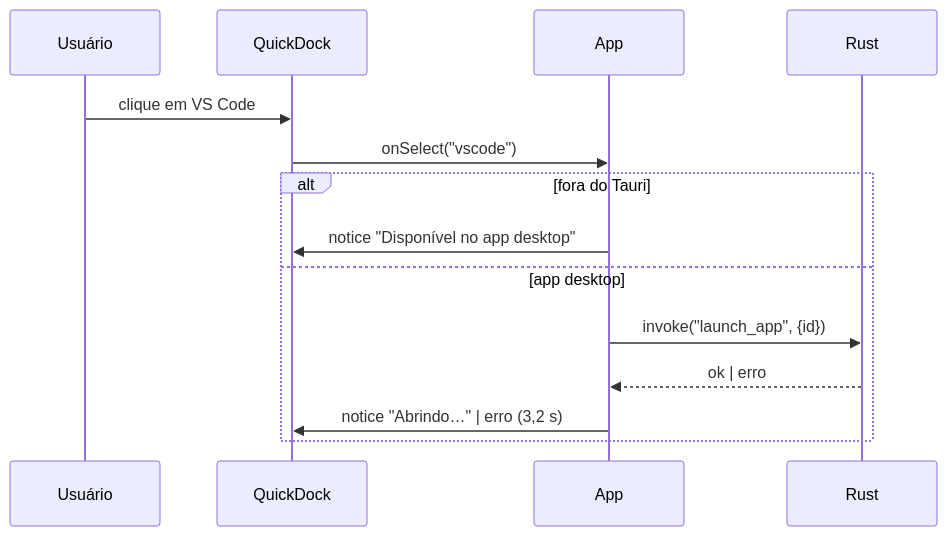
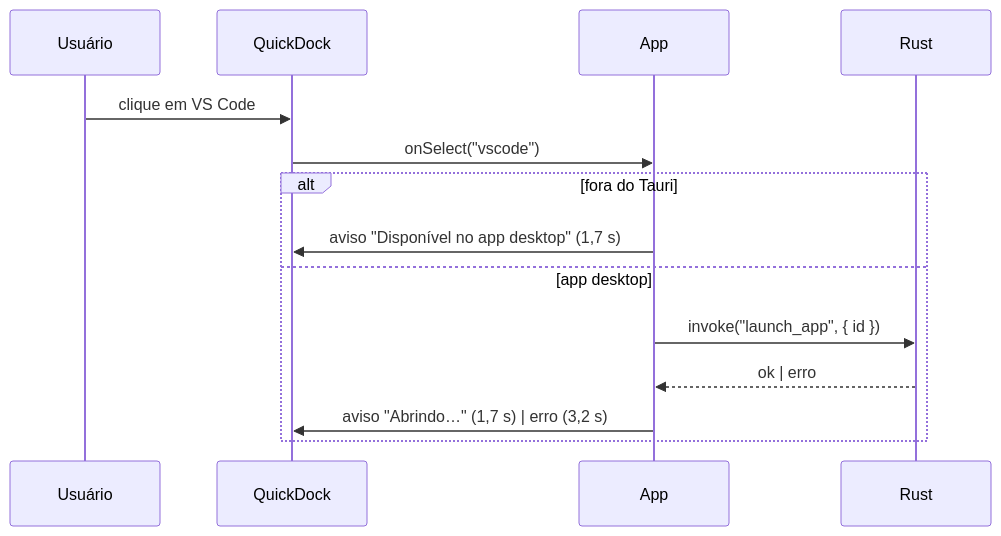
Before and after one commit to felipeAguiarCode/jvOS: the diagram in .specs/features/dock-taskbar/spec.md, drawn with Mermaid. The commit also changed other lines of this file and 90 other files, not shown here.

````diff
--- a/.specs/features/dock-taskbar/spec.md
+++ b/.specs/features/dock-taskbar/spec.md
@@ -302,16 +459,16 @@
 ```mermaid
 sequenceDiagram
   participant U as Usuário
   participant D as QuickDock
   participant A as App
   participant R as Rust
   U->>D: clique em VS Code
   D->>A: onSelect("vscode")
   alt fora do Tauri
-    A->>D: notice "Disponível no app desktop"
+    A->>D: aviso "Disponível no app desktop" (1,7 s)
   else app desktop
-    A->>R: invoke("launch_app", {id})
+    A->>R: invoke("launch_app", { id })
     R-->>A: ok | erro
-    A->>D: notice "Abrindo…" | erro (3,2 s)
+    A->>D: aviso "Abrindo…" (1,7 s) | erro (3,2 s)
   end
 ```
````
